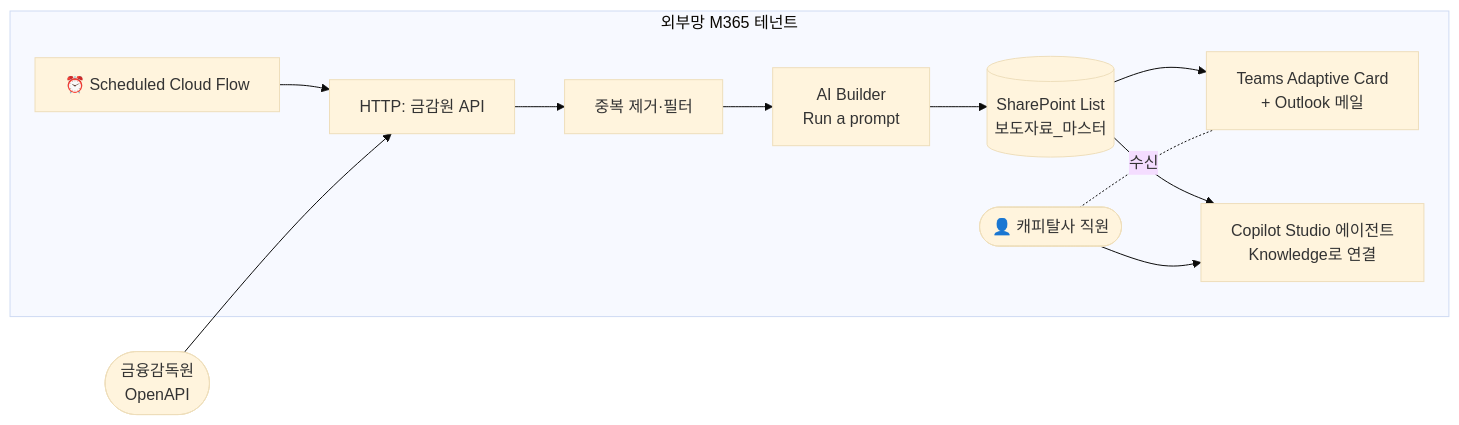
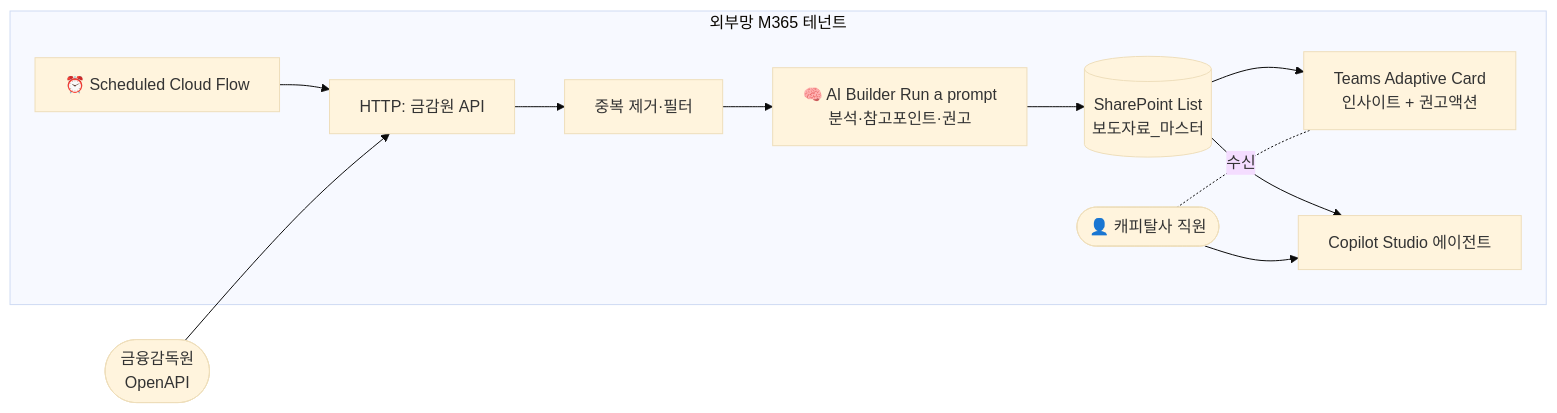
One commit to tlsqhdrbek-debug/ms-design-agents changed the diagram in docs/designs/20260605_금감원_보도자료_캐피탈_안내_에이전트.md. Above: the diagram before and after it, drawn with Mermaid (base theme). The commit also changed other lines of this file, not shown here.

First line of the commit message:
feat(design): 금감원 보도자료 에이전트 v1.1 — AI 분석·참고안내 강화

````diff
--- a/docs/designs/20260605_금감원_보도자료_캐피탈_안내_에이전트.md
+++ b/docs/designs/20260605_금감원_보도자료_캐피탈_안내_에이전트.md
@@ -38,14 +40,14 @@
 ```mermaid
 flowchart LR
     subgraph 외부망M365["외부망 M365 테넌트"]
         Sch[⏰ Scheduled Cloud Flow] --> HTTP[HTTP: 금감원 API]
         HTTP --> Filter[중복 제거·필터]
-        Filter --> AIB[AI Builder<br/>Run a prompt]
+        Filter --> AIB[🧠 AI Builder Run a prompt<br/>분석·참고포인트·권고]
         AIB --> SPL[(SharePoint List<br/>보도자료_마스터)]
-        SPL --> Notify[Teams Adaptive Card<br/>+ Outlook 메일]
-        SPL --> CS[Copilot Studio 에이전트<br/>Knowledge로 연결]
+        SPL --> Notify[Teams Adaptive Card<br/>인사이트 + 권고액션]
+        SPL --> CS[Copilot Studio 에이전트]
         User([👤 캐피탈사 직원]) --> CS
         User -.수신.- Notify
     end
     FSS([금융감독원<br/>OpenAPI]) --> HTTP
 ```
````
